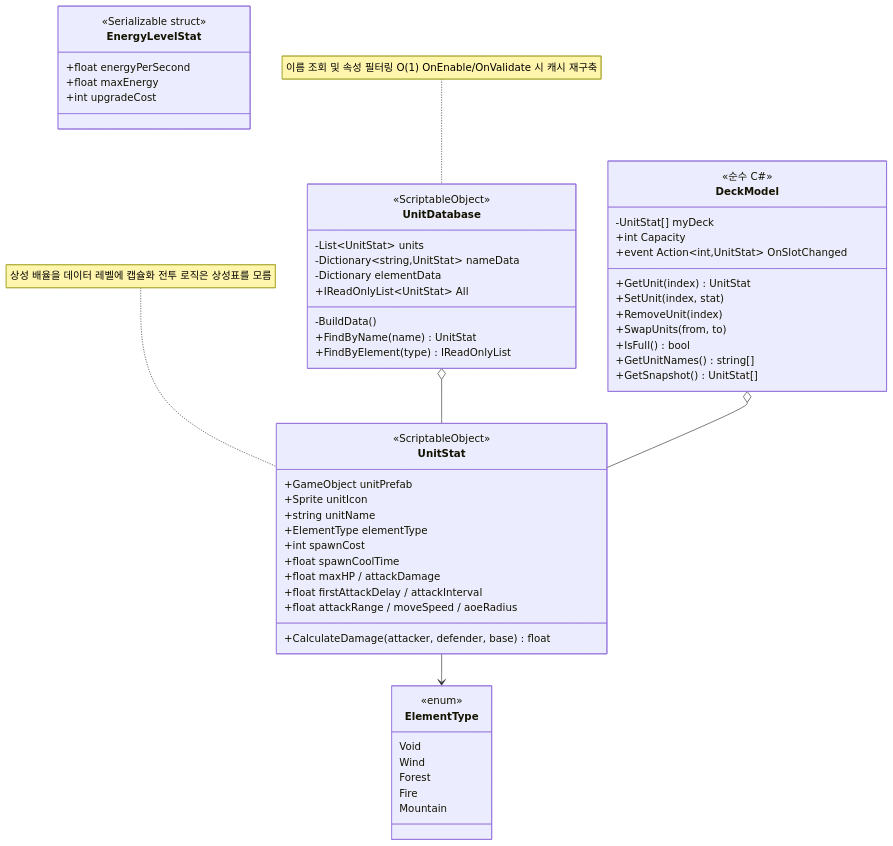
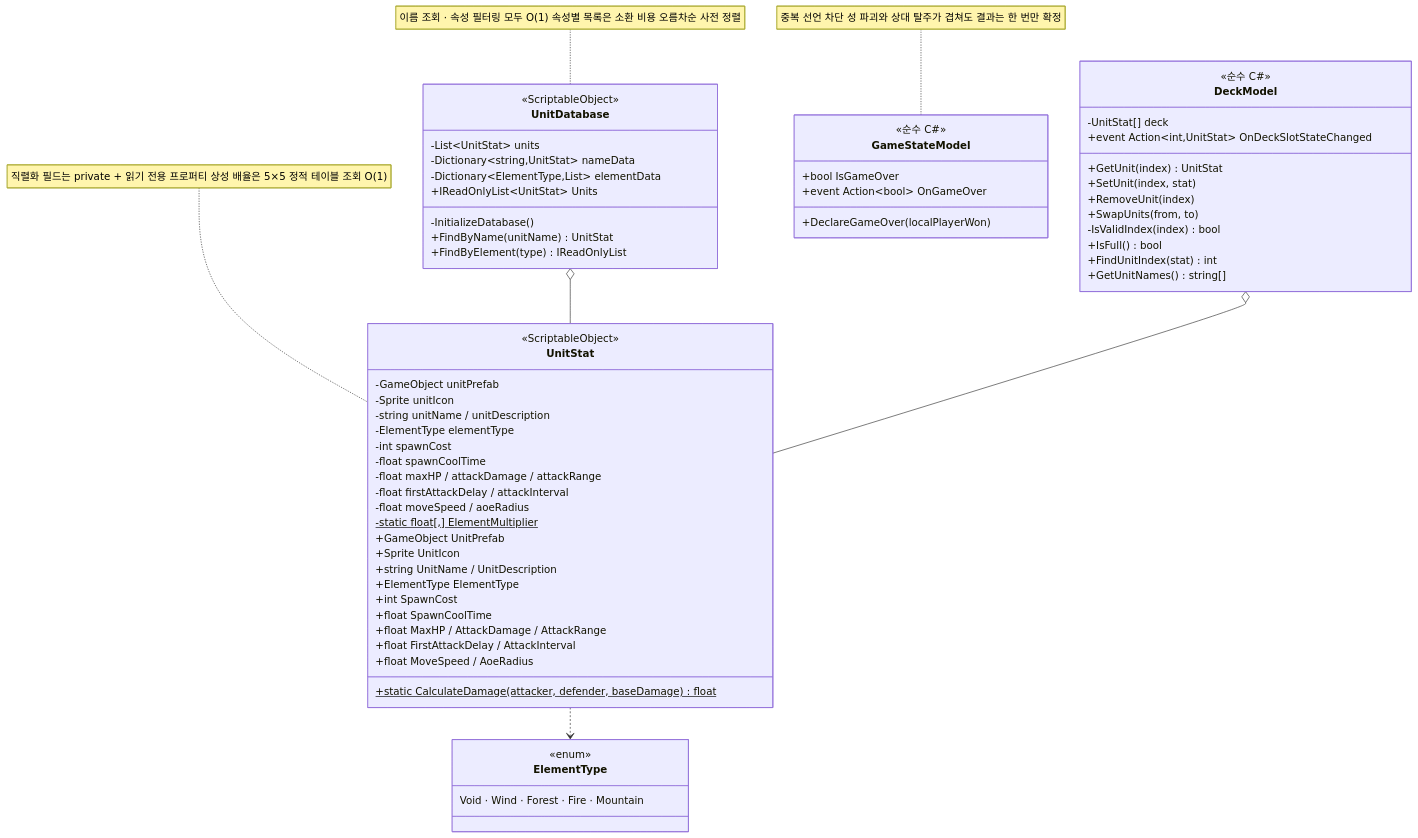
Before and after one commit to dbwoaud/ElementalWar_portfolio: the tenth of 15 diagrams in Docs/ClassDiagram.md, drawn with Mermaid. The commit also changed other lines of this file, not shown here.

````diff
--- a/Docs/ClassDiagram.md
+++ b/Docs/ClassDiagram.md
@@ -647,63 +729,70 @@
 ```mermaid
 classDiagram
     class UnitStat {
         <<ScriptableObject>>
-        +GameObject unitPrefab
-        +Sprite unitIcon
-        +string unitName
-        +ElementType elementType
-        +int spawnCost
-        +float spawnCoolTime
-        +float maxHP / attackDamage
-        +float firstAttackDelay / attackInterval
-        +float attackRange / moveSpeed / aoeRadius
-        +CalculateDamage(attacker, defender, base) float
+        -GameObject unitPrefab
+        -Sprite unitIcon
+        -string unitName / unitDescription
+        -ElementType elementType
+        -int spawnCost
+        -float spawnCoolTime
+        -float maxHP / attackDamage / attackRange
+        -float firstAttackDelay / attackInterval
+        -float moveSpeed / aoeRadius
+        -static float[,] ElementMultiplier$
+        +GameObject UnitPrefab
+        +Sprite UnitIcon
+        +string UnitName / UnitDescription
+        +ElementType ElementType
+        +int SpawnCost
+        +float SpawnCoolTime
+        +float MaxHP / AttackDamage / AttackRange
+        +float FirstAttackDelay / AttackInterval
+        +float MoveSpeed / AoeRadius
+        +static CalculateDamage(attacker, defender, baseDamage) float$
     }
-    note for UnitStat "상성 배율을 데이터 레벨에 캡슐화 전투 로직은 상성표를 모름"
+    note for UnitStat "직렬화 필드는 private + 읽기 전용 프로퍼티 상성 배율은 5×5 정적 테이블 조회 O(1)"
 
     class UnitDatabase {
         <<ScriptableObject>>
         -List~UnitStat~ units
         -Dictionary~string,UnitStat~ nameData
-        -Dictionary elementData
-        +IReadOnlyList~UnitStat~ All
-        -BuildData()
-        +FindByName(name) UnitStat
+        -Dictionary~ElementType,List~ elementData
+        +IReadOnlyList~UnitStat~ Units
+        -InitializeDatabase()
+        +FindByName(unitName) UnitStat
         +FindByElement(type) IReadOnlyList
     }
-    note for UnitDatabase "이름 조회 및 속성 필터링 O(1) OnEnable/OnValidate 시 캐시 재구축"
-
-    class ElementType {
-        <<enum>>
-        Void
-        Wind
-        Forest
-        Fire
-        Mountain
-    }
+    note for UnitDatabase "이름 조회 · 속성 필터링 모두 O(1) 속성별 목록은 소환 비용 오름차순 사전 정렬"
 
     class DeckModel {
         <<순수 C#>>
-        -UnitStat[] myDeck
-        +int Capacity
-        +event Action~int,UnitStat~ OnSlotChanged
+        -UnitStat[] deck
+        +event Action~int,UnitStat~ OnDeckSlotStateChanged
         +GetUnit(index) UnitStat
         +SetUnit(index, stat)
         +RemoveUnit(index)
         +SwapUnits(from, to)
+        -IsValidIndex(index) bool
         +IsFull() bool
+        +FindUnitIndex(stat) int
         +GetUnitNames() string[]
-        +GetSnapshot() UnitStat[]
     }
 
-    class EnergyLevelStat {
-        <<Serializable struct>>
-        +float energyPerSecond
-        +float maxEnergy
-        +int upgradeCost
+    class GameStateModel {
+        <<순수 C#>>
+        +bool IsGameOver
+        +event Action~bool~ OnGameOver
+        +DeclareGameOver(localPlayerWon)
+    }
+    note for GameStateModel "중복 선언 차단 성 파괴와 상대 탈주가 겹쳐도 결과는 한 번만 확정"
+
+    class ElementType {
+        <<enum>>
+        Void · Wind · Forest · Fire · Mountain
     }
 
     UnitDatabase o-- UnitStat
-    UnitStat --> ElementType
     DeckModel o-- UnitStat
+    UnitStat ..> ElementType
 ```
````
